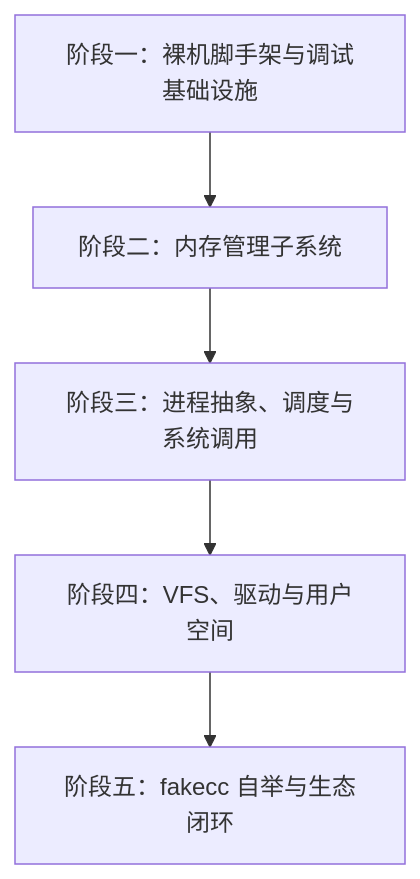
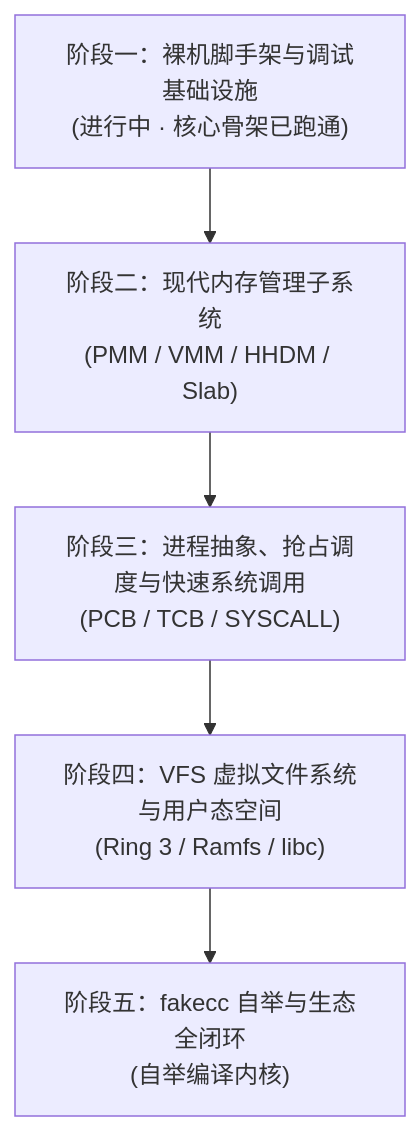
Before and after one commit to esrrhs/fakeos: the diagram in README.md, drawn with Mermaid. The commit also changed other lines of this file, not shown here.

Commit message:
docs: enrich modern OS design principles and detailed milestone roadmap

````diff
--- a/README.md
+++ b/README.md
@@ -104,7 +80,7 @@
 ```mermaid
 flowchart TD
-    M1["阶段一：裸机脚手架与调试基础设施"] --> M2["阶段二：内存管理子系统"]
-    M2 --> M3["阶段三：进程抽象、调度与系统调用"]
-    M3 --> M4["阶段四：VFS、驱动与用户空间"]
-    M4 --> M5["阶段五：fakecc 自举与生态闭环"]
+    M1["阶段一：裸机脚手架与调试基础设施<br/>(进行中 · 核心骨架已跑通)"] --> M2["阶段二：现代内存管理子系统<br/>(PMM / VMM / HHDM / Slab)"]
+    M2 --> M3["阶段三：进程抽象、抢占调度与快速系统调用<br/>(PCB / TCB / SYSCALL)"]
+    M3 --> M4["阶段四：VFS 虚拟文件系统与用户态空间<br/>(Ring 3 / Ramfs / libc)"]
+    M4 --> M5["阶段五：fakecc 自举与生态全闭环<br/>(自举编译内核)"]
 ```
````
